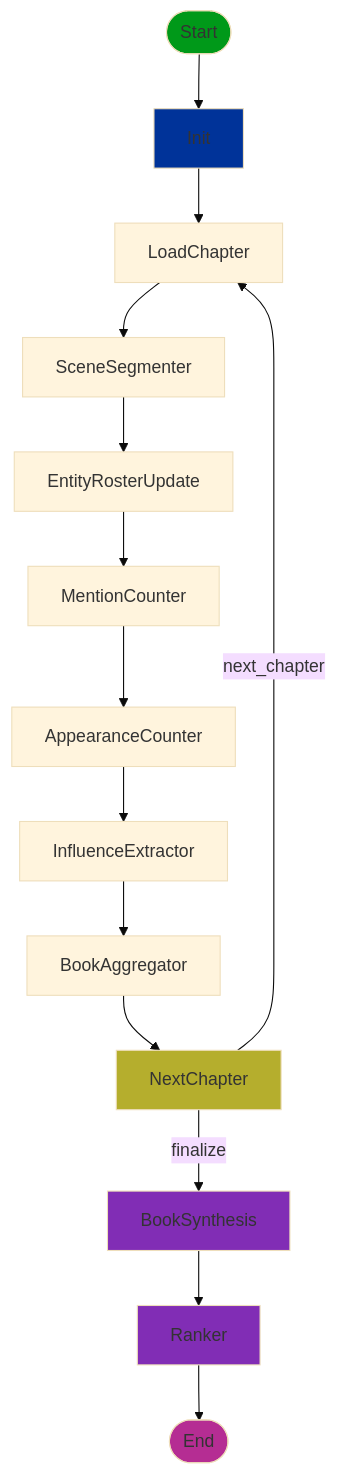
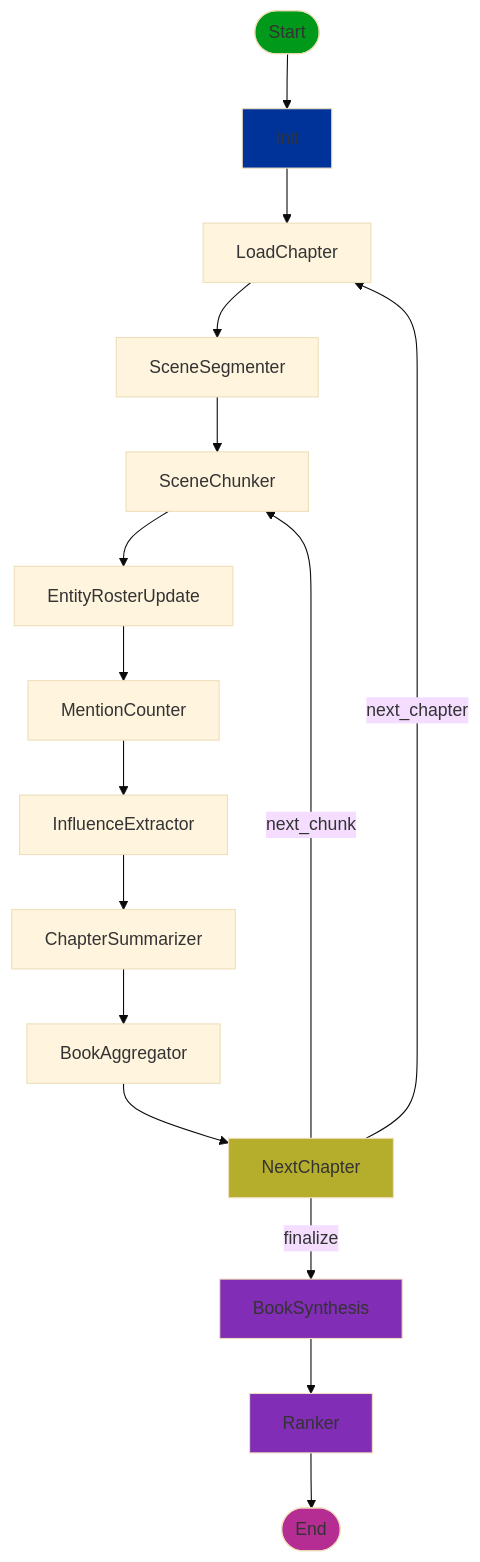
The diagram in README.md (gtspencer/lit-anal), drawn with Mermaid (base theme) before and after one commit. The commit also changed other lines of this file and 17 other files, not shown here.

Commit message:
chunk scenes, remove appearance counter, no truncating, chapter summaries

````diff
--- a/README.md
+++ b/README.md
@@ -158,23 +160,25 @@
 ```mermaid
 graph TD
     Start([Start]) --> Init[Init]
     Init --> LoadChapter[LoadChapter]
     LoadChapter --> SceneSegmenter[SceneSegmenter]
-    SceneSegmenter --> EntityRosterUpdate[EntityRosterUpdate]
+    SceneSegmenter --> SceneChunker[SceneChunker]
+    SceneChunker --> EntityRosterUpdate[EntityRosterUpdate]
     EntityRosterUpdate --> MentionCounter[MentionCounter]
-    MentionCounter --> AppearanceCounter[AppearanceCounter]
-    AppearanceCounter --> InfluenceExtractor[InfluenceExtractor]
-    InfluenceExtractor --> BookAggregator[BookAggregator]
+    MentionCounter --> InfluenceExtractor[InfluenceExtractor]
+    InfluenceExtractor --> ChapterSummarizer[ChapterSummarizer]
+    ChapterSummarizer --> BookAggregator[BookAggregator]
     BookAggregator --> NextChapter[NextChapter]
+    NextChapter -->|next_chunk| SceneChunker
     NextChapter -->|next_chapter| LoadChapter
     NextChapter -->|finalize| BookSynthesis[BookSynthesis]
     BookSynthesis --> Ranker[Ranker]
     Ranker --> End([End])
     
     style Start fill:#009919
     style End fill:#b52d93
     style NextChapter fill:#b5ae2d
     style Init fill:#003399
     style BookSynthesis fill:#812db5
     style Ranker fill:#812db5
 ```
````
